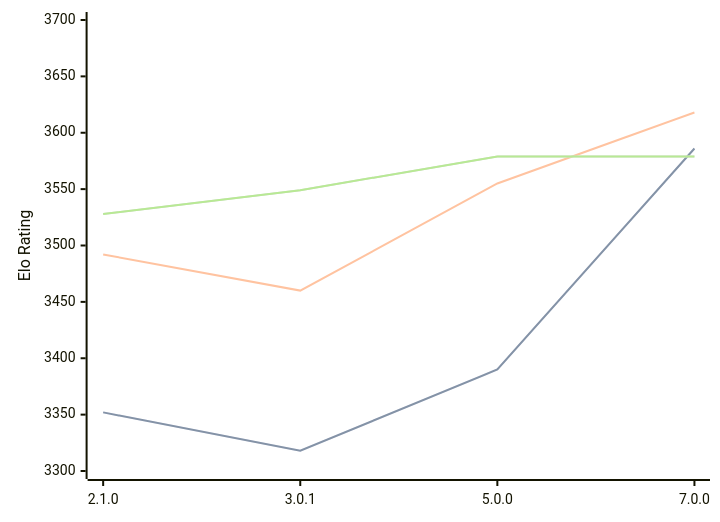
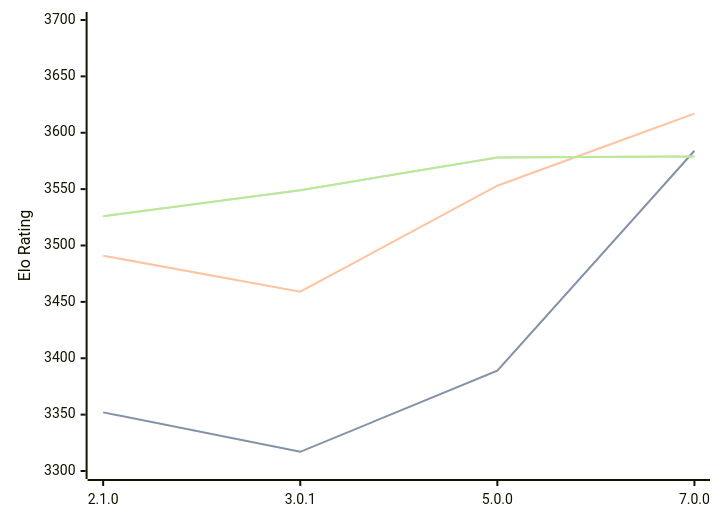
Before and after one commit to computer-chess-index/cci: the diagram in engines/PlentyChess.md, drawn with Mermaid. The commit also changed other lines of this file, not shown here.

Commit message:
Update CCI Ratings (ELO VLTC) - 2026-03-23

````diff
--- a/engines/PlentyChess.md
+++ b/engines/PlentyChess.md
@@ -45,11 +45,11 @@
 ```mermaid
 %%{init: {"theme":"base","themeVariables":{"seriesColors:['#a3a3a3','#222221','#faa371']}}}%%
 xychart-beta
   x-axis ["2.1.0", "3.0.1", "5.0.0", "7.0.0"]
   y-axis "Elo Rating" 3300 --> 3700
-  line "STC (8.0+0.08s)" [3352, 3318, 3390, 3586]
-  line "STC (8.0+0.08s)" [3352, 3318, 3390, 3586]
-  line "LTC (60.0+0.60s)" [3492, 3460, 3555, 3618]
-  line "VLTC (2m24s+1.12s)" [3528, 3549, 3579, 3579]
-  line "VLTC (2m24s+1.12s)" [3528, 3549, 3579, 3579]
+  line "STC (8.0+0.08s)" [3352, 3317, 3389, 3584]
+  line "STC (8.0+0.08s)" [3352, 3317, 3389, 3584]
+  line "LTC (60.0+0.60s)" [3491, 3459, 3553, 3617]
+  line "VLTC (2m24s+1.12s)" [3526, 3549, 3578, 3579]
+  line "VLTC (2m24s+1.12s)" [3526, 3549, 3578, 3579]
 ```
````
